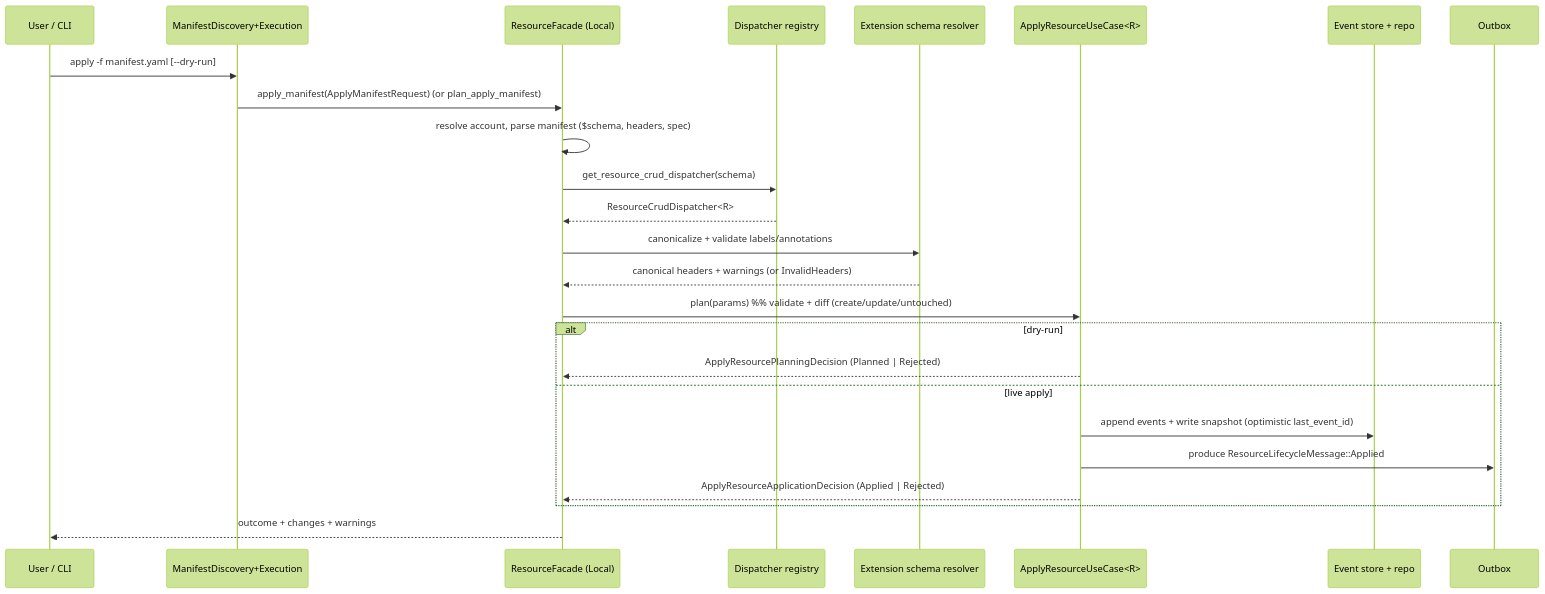
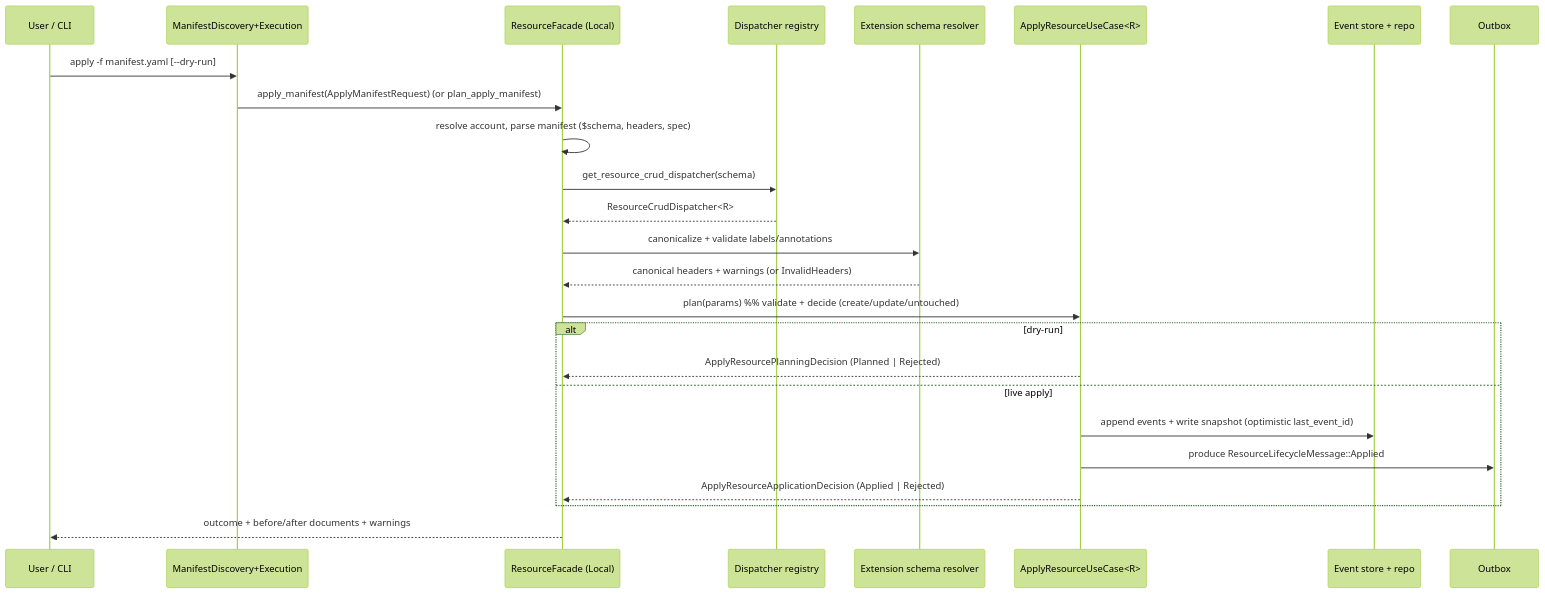
One commit to kamu-data/kamu-cli changed the second of 5 diagrams in docs/internal/resources-framework.md. Above: the diagram before and after it, drawn with Mermaid (forest theme). The commit also changed other lines of this file and 36 other files, not shown here.

Commit message:
Acceptance: canonical before/after documents replace hand-written apply diff

````diff
--- a/docs/internal/resources-framework.md
+++ b/docs/internal/resources-framework.md
@@ -1067,28 +1069,28 @@
 ```mermaid
 sequenceDiagram
     participant U as User / CLI
     participant D as ManifestDiscovery+Execution
     participant F as ResourceFacade (Local)
     participant R as Dispatcher registry
     participant X as Extension schema resolver
     participant UC as ApplyResourceUseCase<R>
     participant ST as Event store + repo
     participant OB as Outbox
 
     U->>D: apply -f manifest.yaml [--dry-run]
     D->>F: apply_manifest(ApplyManifestRequest) (or plan_apply_manifest)
     F->>F: resolve account, parse manifest ($schema, headers, spec)
     F->>R: get_resource_crud_dispatcher(schema)
     R-->>F: ResourceCrudDispatcher<R>
     F->>X: canonicalize + validate labels/annotations
     X-->>F: canonical headers + warnings (or InvalidHeaders)
-    F->>UC: plan(params)  %% validate + diff (create/update/untouched)
+    F->>UC: plan(params)  %% validate + decide (create/update/untouched)
     alt dry-run
         UC-->>F: ApplyResourcePlanningDecision (Planned | Rejected)
     else live apply
         UC->>ST: append events + write snapshot (optimistic last_event_id)
         UC->>OB: produce ResourceLifecycleMessage::Applied
         UC-->>F: ApplyResourceApplicationDecision (Applied | Rejected)
     end
-    F-->>U: outcome + changes + warnings
+    F-->>U: outcome + before/after documents + warnings
 ```
````
